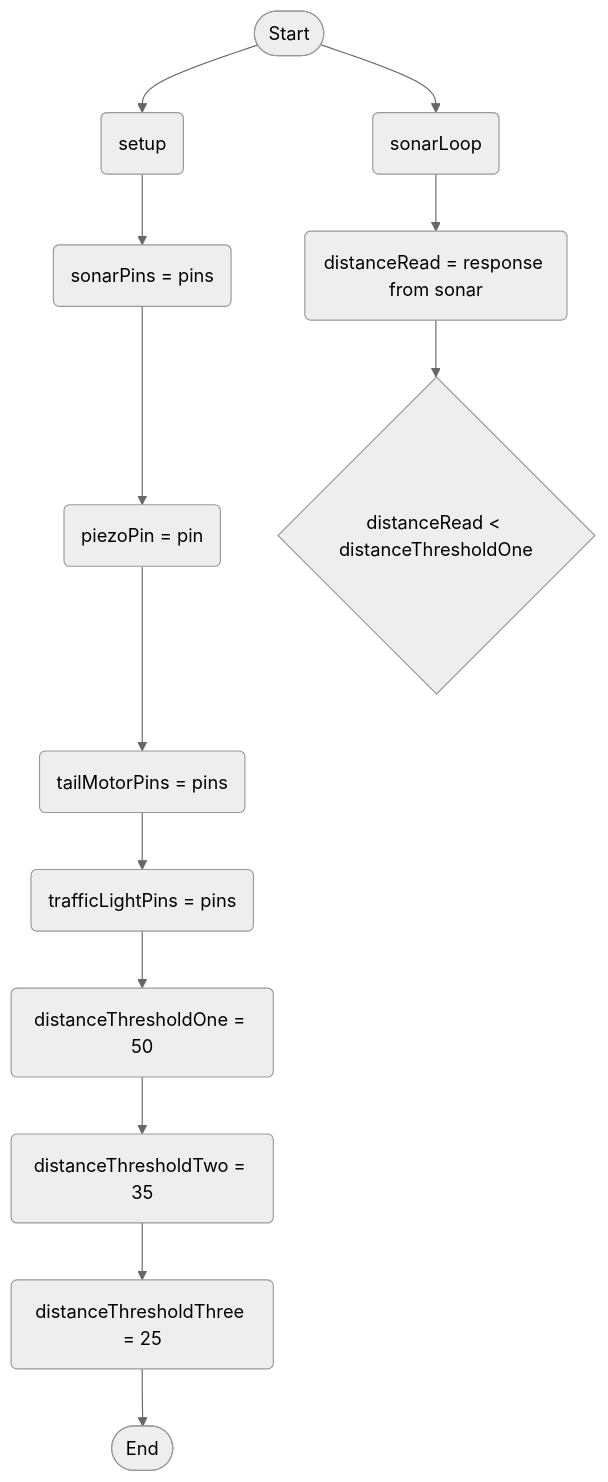
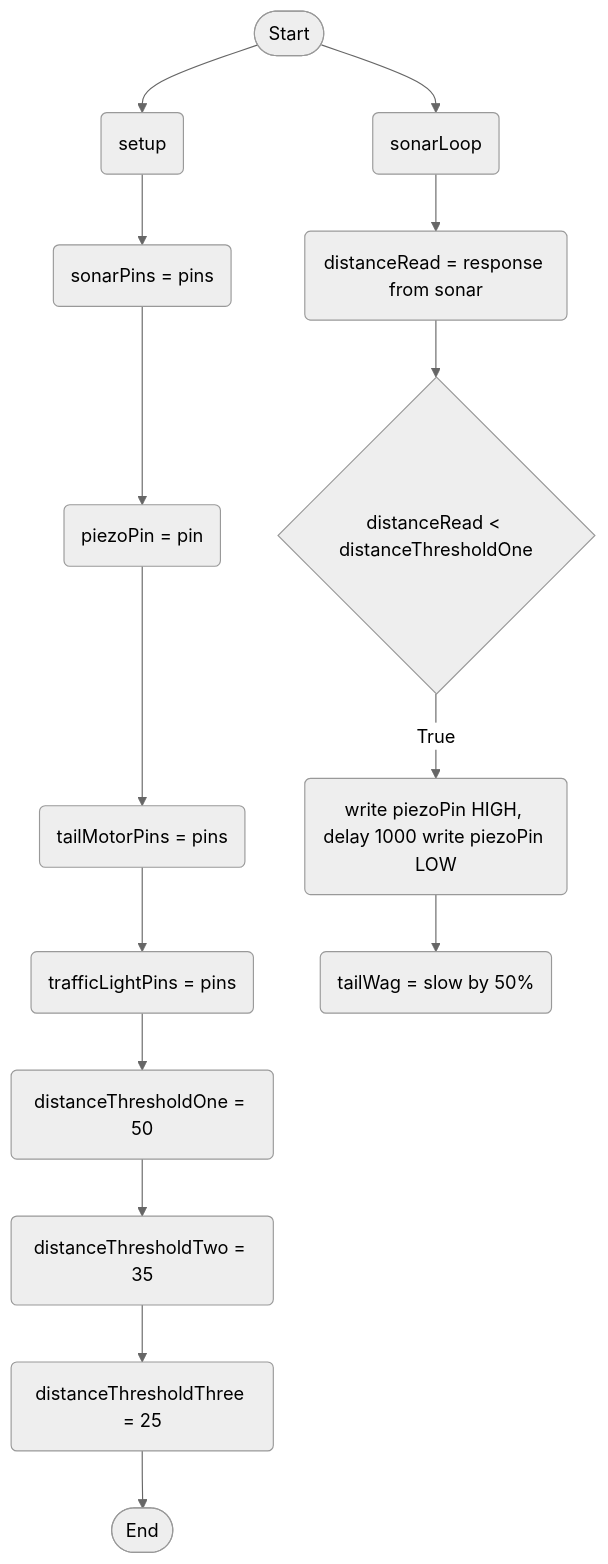
One commit to Deltace05/SmartDog changed the diagram in logic.md. Above: the diagram before and after it, drawn with Mermaid (neutral theme).

````diff
--- a/logic.md
+++ b/logic.md
@@ -1,30 +1,34 @@
 ```mermaid
 flowchart TD
 terminalStart([Start])
 terminalEnd([End])
 setupStart(setup)
 setSonarRead(sonarPins = pins)
 setPiezoPin(piezoPin = pin)
 setTail(tailMotorPins = pins)
 setLight(trafficLightPins = pins)
 thresholdSetOne(distanceThresholdOne = 50)
 thresholdSetTwo(distanceThresholdTwo = 35)
 thresholdSetThree(distanceThresholdThree = 25)
 currentDistanceReading(distanceRead = response from sonar)
 ifDistanceLessThanThresholdOne{distanceRead < distanceThresholdOne}
+piezoOneBuzz(write piezoPin HIGH, delay 1000 write piezoPin LOW)
+tailSlow(tailWag = slow by 50%)
 sonarStart(sonarLoop)
 
 terminalStart --> setupStart
 setupStart --> setSonarRead
 setSonarRead --> setPiezoPin
 setPiezoPin --> setTail
 setTail --> setLight
 setLight --> thresholdSetOne
 thresholdSetOne --> thresholdSetTwo
 thresholdSetTwo --> thresholdSetThree
 thresholdSetThree --> terminalEnd
 
 terminalStart --> sonarStart
 sonarStart --> currentDistanceReading
 currentDistanceReading --> ifDistanceLessThanThresholdOne
+ifDistanceLessThanThresholdOne --> |True| piezoOneBuzz
+piezoOneBuzz --> tailSlow
 ```
````
